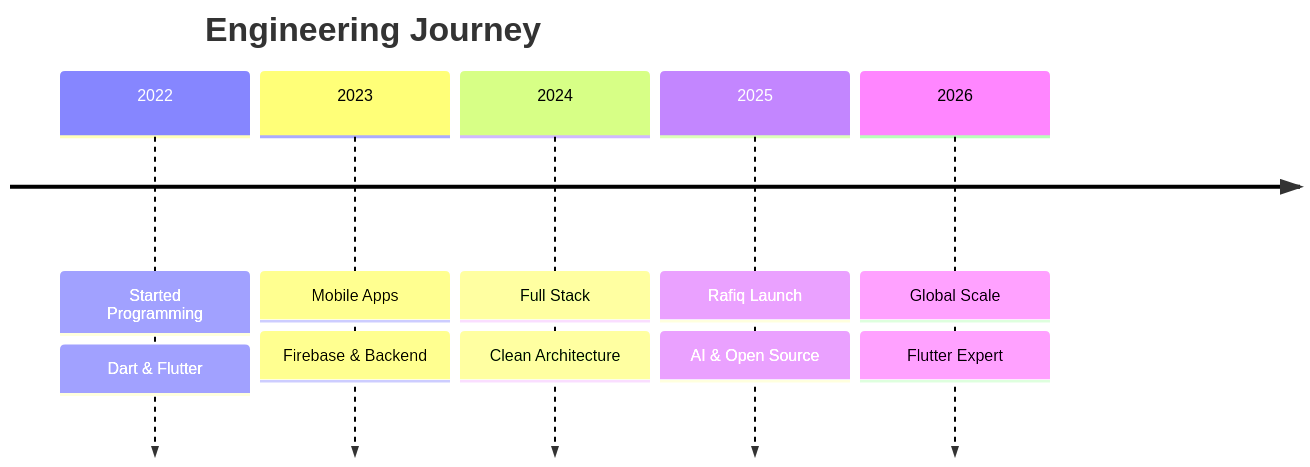
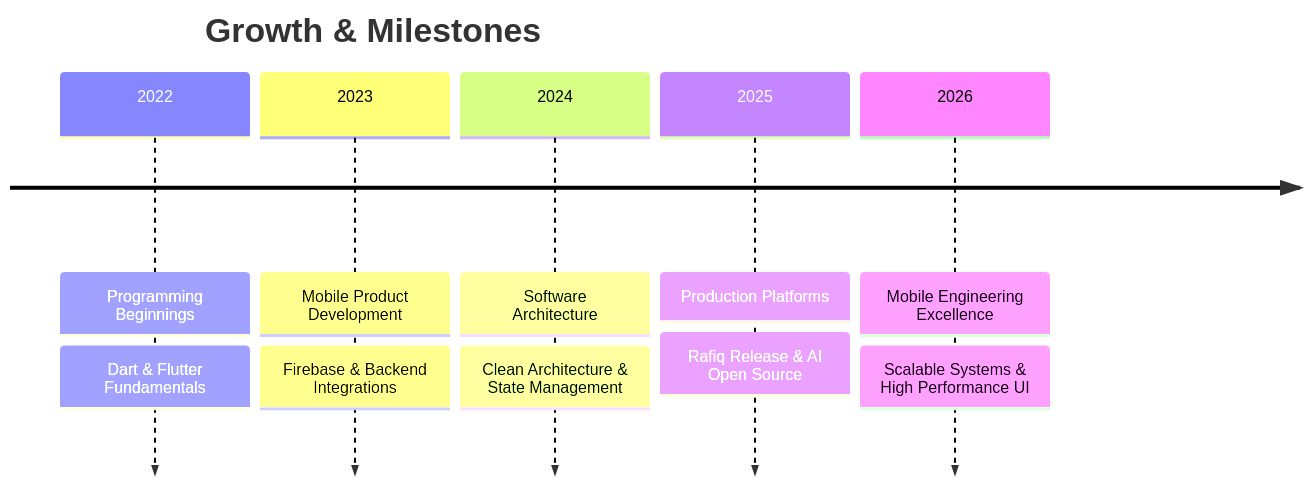
Before and after one commit to xdc7-css/xdc7-css: the diagram in README.md, drawn with Mermaid. The commit also changed other lines of this file and 3 other files, not shown here.

````diff
--- a/README.md
+++ b/README.md
@@ -371,9 +250,9 @@
 ```mermaid
 timeline
-    title Engineering Journey
-    2022 : Started Programming : Dart & Flutter
-    2023 : Mobile Apps : Firebase & Backend
-    2024 : Full Stack : Clean Architecture
-    2025 : Rafiq Launch : AI & Open Source
-    2026 : Global Scale : Flutter Expert
+    title Growth & Milestones
+    2022 : Programming Beginnings : Dart & Flutter Fundamentals
+    2023 : Mobile Product Development : Firebase & Backend Integrations
+    2024 : Software Architecture : Clean Architecture & State Management
+    2025 : Production Platforms : Rafiq Release & AI Open Source
+    2026 : Mobile Engineering Excellence : Scalable Systems & High Performance UI
 ```
````
